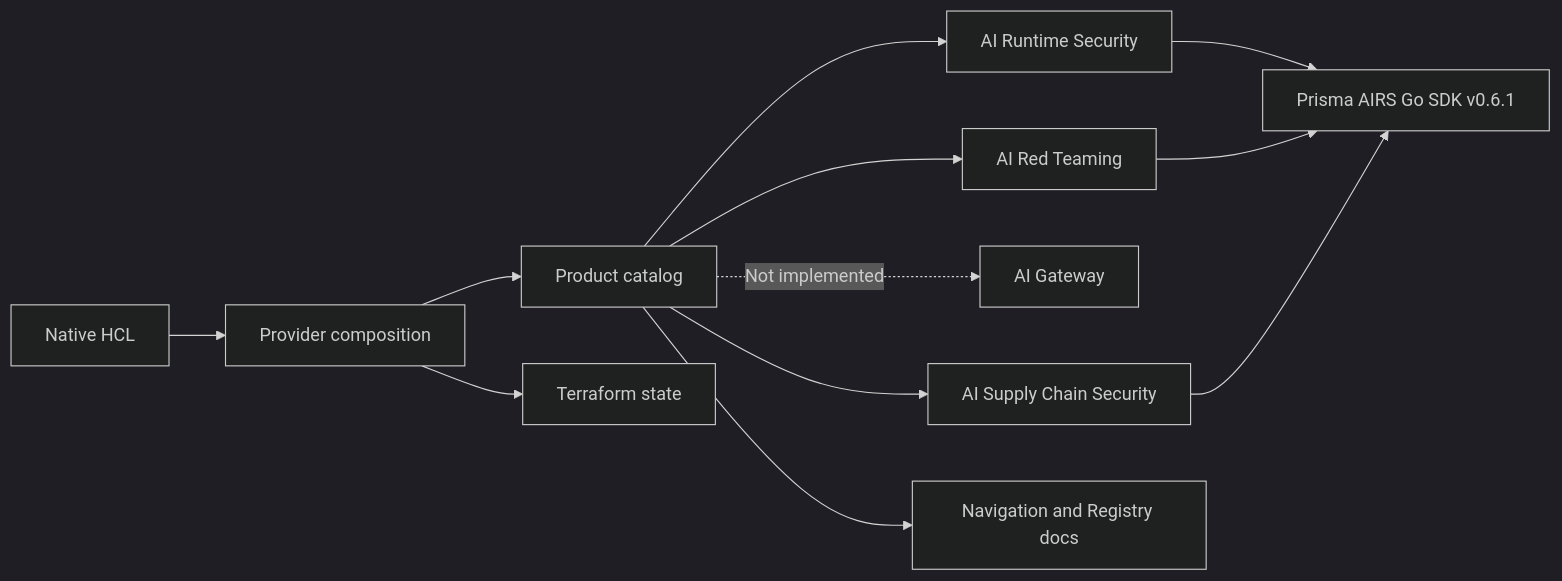
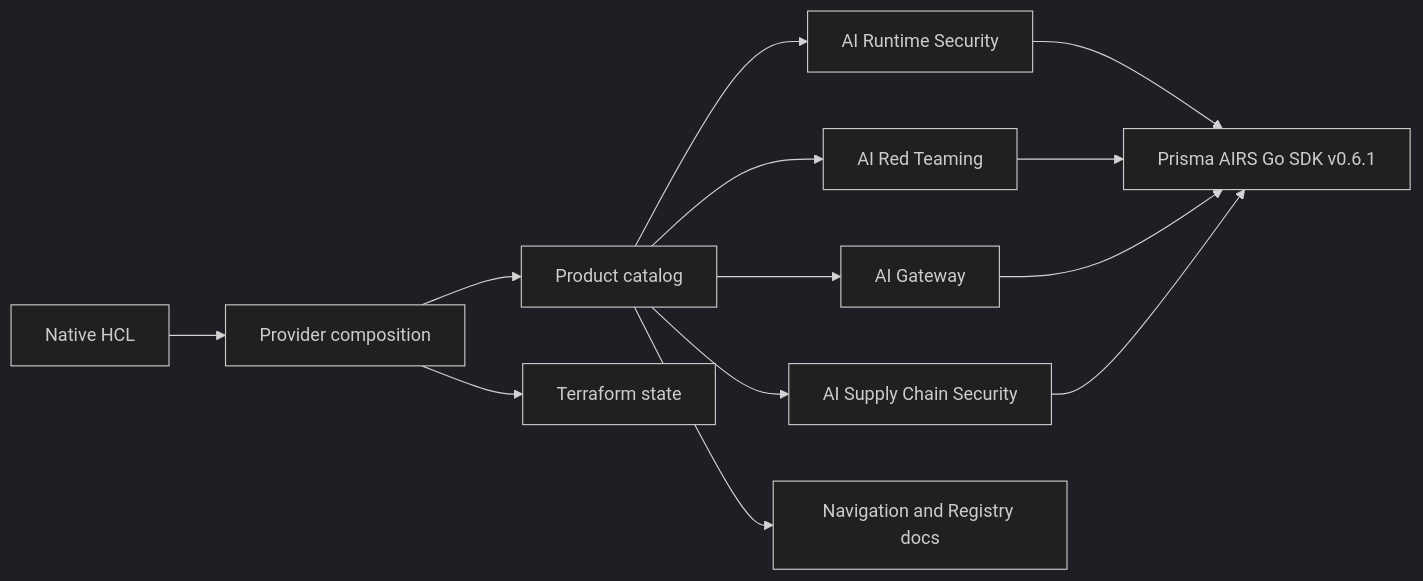
Before and after one commit to cdot65/terraform-provider-prisma-airs: the diagram in docs-site/docs/development/architecture.md, drawn with Mermaid (dark theme). The commit also changed other lines of this file and 127 other files, not shown here.

````diff
--- a/docs-site/docs/development/architecture.md
+++ b/docs-site/docs/development/architecture.md
@@ -5,14 +5,15 @@
 ```mermaid
 flowchart LR
   HCL[Native HCL] --> Provider[Provider composition]
   Provider --> Catalog[Product catalog]
   Catalog --> Runtime[AI Runtime Security]
   Catalog --> RedTeam[AI Red Teaming]
-  Catalog -. Not implemented .-> Gateway[AI Gateway]
+  Catalog --> Gateway[AI Gateway]
   Catalog --> SupplyChain[AI Supply Chain Security]
   Runtime --> SDK[Prisma AIRS Go SDK v0.6.1]
   RedTeam --> SDK
+  Gateway --> SDK
   SupplyChain --> SDK
   Catalog --> Docs[Navigation and Registry docs]
   Provider --> State[Terraform state]
 ```
````
